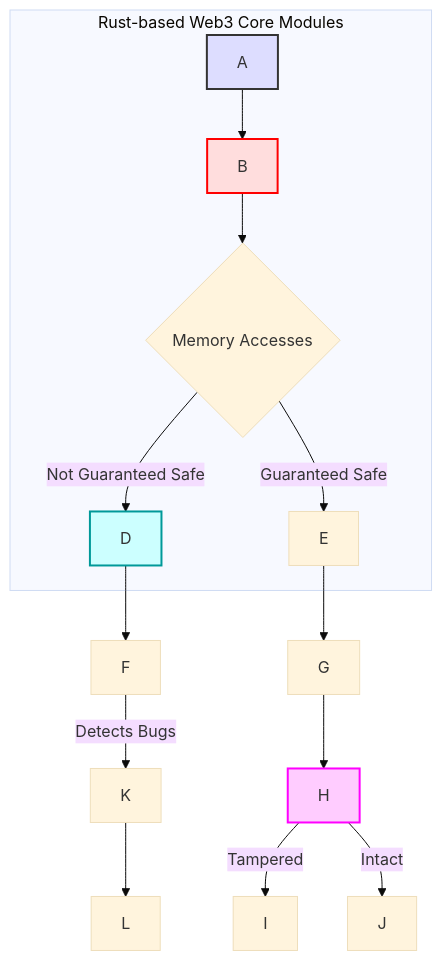
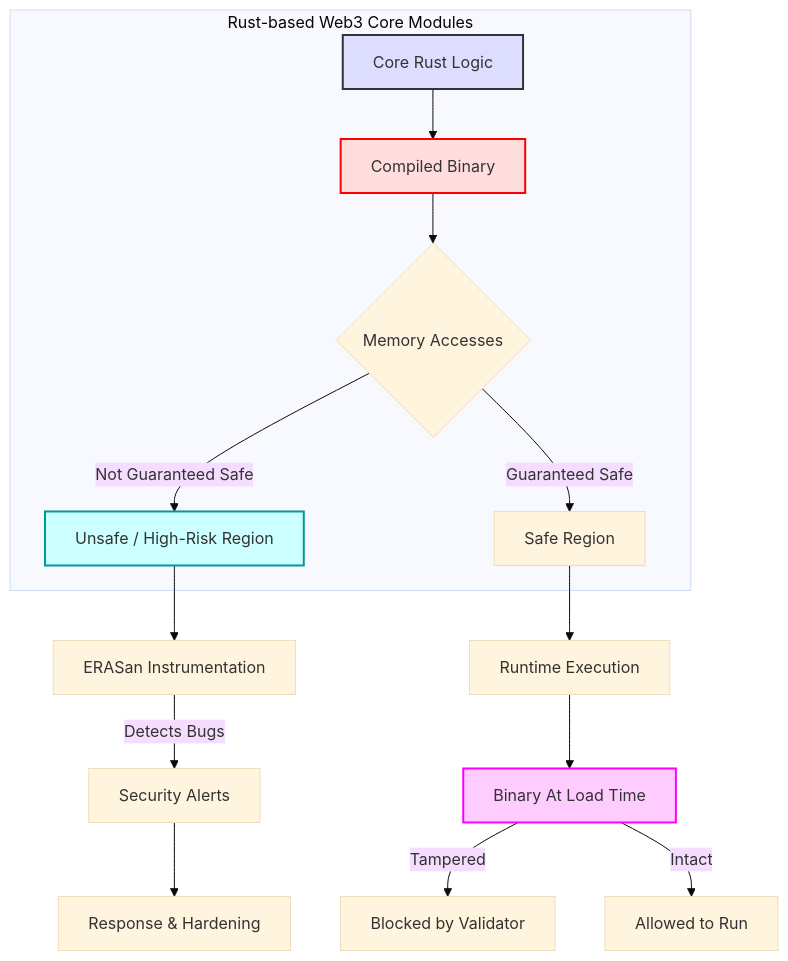
The first of 3 diagrams in Workplace/Interview/Blockchain/Posts/RustDeveloper/RustSeniorDev/QA/Security/LinerSDR.md (ljg-cqu/knowledge), drawn with Mermaid (base theme) before and after one commit. The commit also changed other lines of this file and 18 other files, not shown here.

````diff
--- a/Workplace/Interview/Blockchain/Posts/RustDeveloper/RustSeniorDev/QA/Security/LinerSDR.md
+++ b/Workplace/Interview/Blockchain/Posts/RustDeveloper/RustSeniorDev/QA/Security/LinerSDR.md
@@ -66,23 +66,23 @@
 ```mermaid
 flowchart TD
     subgraph "Rust-based Web3 Core Modules"
-        A --> B
+        A[Core Rust Logic] --> B[Compiled Binary]
         B --> C{Memory Accesses}
-        C -- Not Guaranteed Safe --> D
-        C -- Guaranteed Safe --> E
+        C -- Not Guaranteed Safe --> D[Unsafe / High-Risk Region]
+        C -- Guaranteed Safe --> E[Safe Region]
     end
 
-    D --> F
-    E --> G
-    G --> H
-    H -- Tampered --> I
-    H -- Intact --> J
+    D --> F[ERASan Instrumentation]
+    E --> G[Runtime Execution]
+    G --> H[Binary At Load Time]
+    H -- Tampered --> I[Blocked by Validator]
+    H -- Intact --> J[Allowed to Run]
 
-    F -- Detects Bugs --> K
-    K --> L
+    F -- Detects Bugs --> K[Security Alerts]
+    K --> L[Response & Hardening]
 
     style A fill:#DDF,stroke:#333,stroke-width:2px
     style B fill:#FDD,stroke:#F00,stroke-width:2px
     style D fill:#CFF,stroke:#099,stroke-width:2px
     style H fill:#FCF,stroke:#F0F,stroke-width:2px
 ```
````
